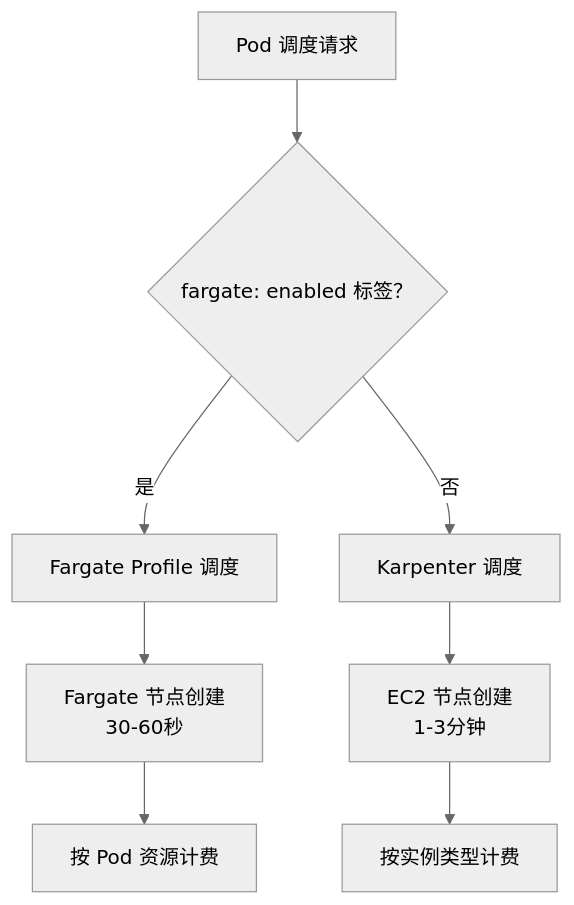
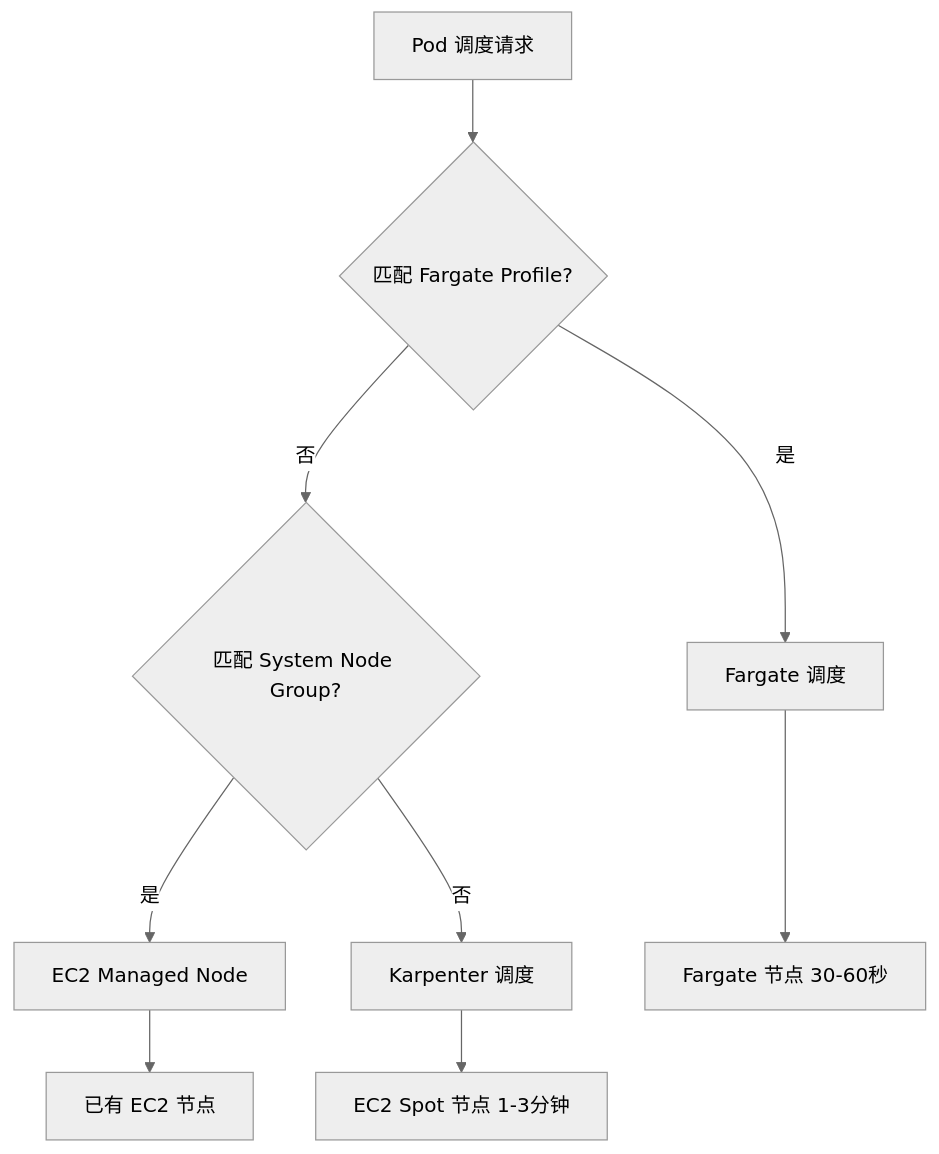
The diagram in README.md (aleck31/eks-karpenter-deployment), drawn with Mermaid (neutral theme) before and after one commit. The commit also changed other lines of this file, not shown here.

Commit message:
docs: update README with v1.35, Karpenter v1.9.0, GPU time-slicing, VoxCPM2-TTS

````diff
--- a/README.md
+++ b/README.md
@@ -146,10 +160,11 @@
 ```mermaid
 graph TD
-    A[Pod 调度请求] --> B{ fargate: enabled 标签？}
-    B -->|是| C[Fargate Profile 调度]
-    B -->|否| D[Karpenter 调度]
-    C --> E[Fargate 节点创建<br/>30-60秒]
-    D --> F[EC2 节点创建<br/>1-3分钟]
-    E --> G[按 Pod 资源计费]
-    F --> H[按实例类型计费]
+    A[Pod 调度请求] --> B{匹配 Fargate Profile?}
+    B -->|是| C[Fargate 调度]
+    B -->|否| D{匹配 System Node Group?}
+    D -->|是| E[EC2 Managed Node]
+    D -->|否| F[Karpenter 调度]
+    C --> G[Fargate 节点 30-60秒]
+    E --> H[已有 EC2 节点]
+    F --> I[EC2 Spot 节点 1-3分钟]
 ```
````
